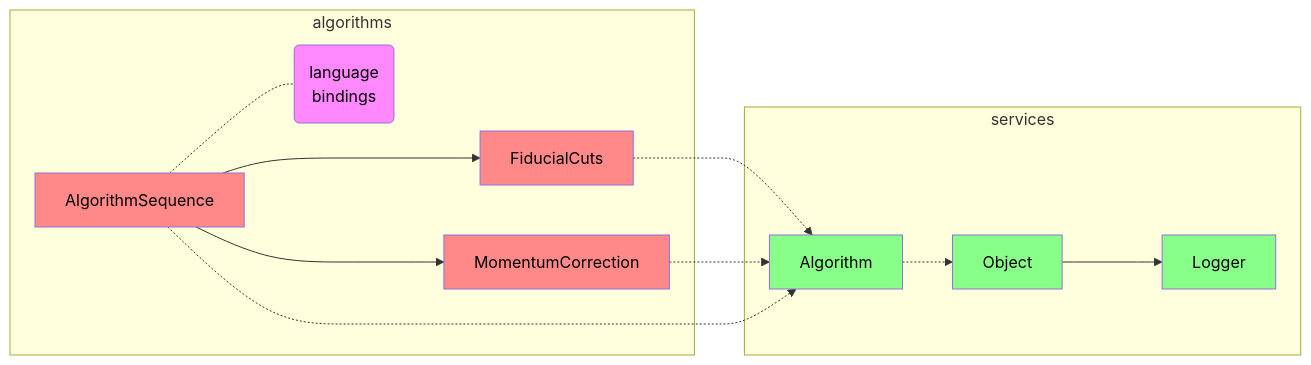
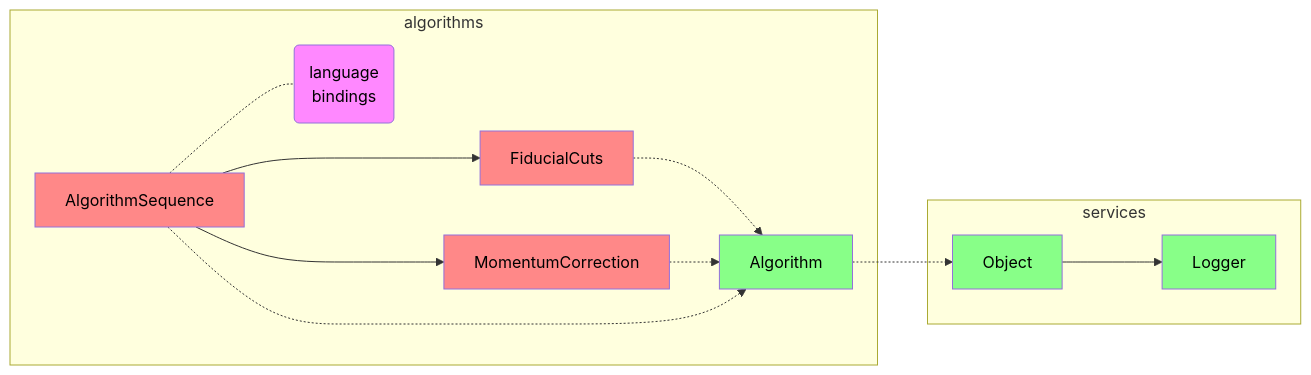
The first of 3 diagrams in doc/design.md (JeffersonLab/iguana), drawn with Mermaid before and after one commit. The commit also changed other lines of this file and 20 other files, not shown here.

````diff
--- a/doc/design.md
+++ b/doc/design.md
@@ -7,31 +7,31 @@
 ```mermaid
 flowchart LR
     classDef cls fill:#88ff88,color:black
     classDef algo fill:#ff8888,color:black
     classDef other fill:#ff88ff,color:black
 
     subgraph services
-        Algorithm:::cls
         Logger:::cls
         Object:::cls
     end
 
     subgraph algorithms
+        Algorithm:::cls
         FiducialCuts:::algo
         MomentumCorrection:::algo
         AlgorithmSequence:::algo
         bindings(language<br />bindings):::other
     end
 
     FiducialCuts       -.-> Algorithm
     MomentumCorrection -.-> Algorithm
     AlgorithmSequence  -.-> Algorithm
     Algorithm          -.-> Object
 
     Object            ---> Logger
     AlgorithmSequence ---> MomentumCorrection
     AlgorithmSequence ---> FiducialCuts
 
     AlgorithmSequence -.-  bindings
 
 ```
````
